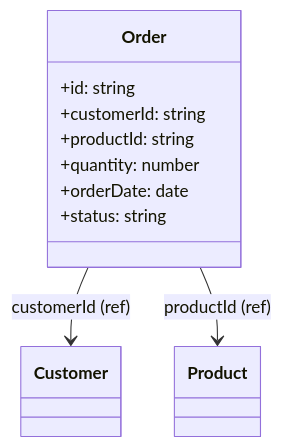
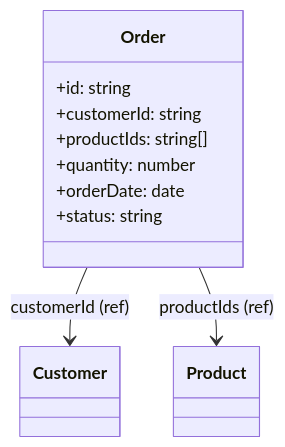
Diagram 15 of 16 in examples/mermaid-examples.md (kothar/zod-mermaid), drawn with Mermaid before and after one commit. The commit also changed other lines of this file and 4 other files, not shown here.

````diff
--- a/examples/mermaid-examples.md
+++ b/examples/mermaid-examples.md
@@ -370,17 +370,17 @@
 ```mermaid
 classDiagram
     class Order {
         +id: string
         +customerId: string
-        +productId: string
+        +productIds: string[]
         +quantity: number
         +orderDate: date
         +status: string
     }
     class Customer {
     }
     class Product {
     }
     Order --> Customer : customerId (ref)
-    Order --> Product : productId (ref)
+    Order --> Product : productIds (ref)
 ```
````
